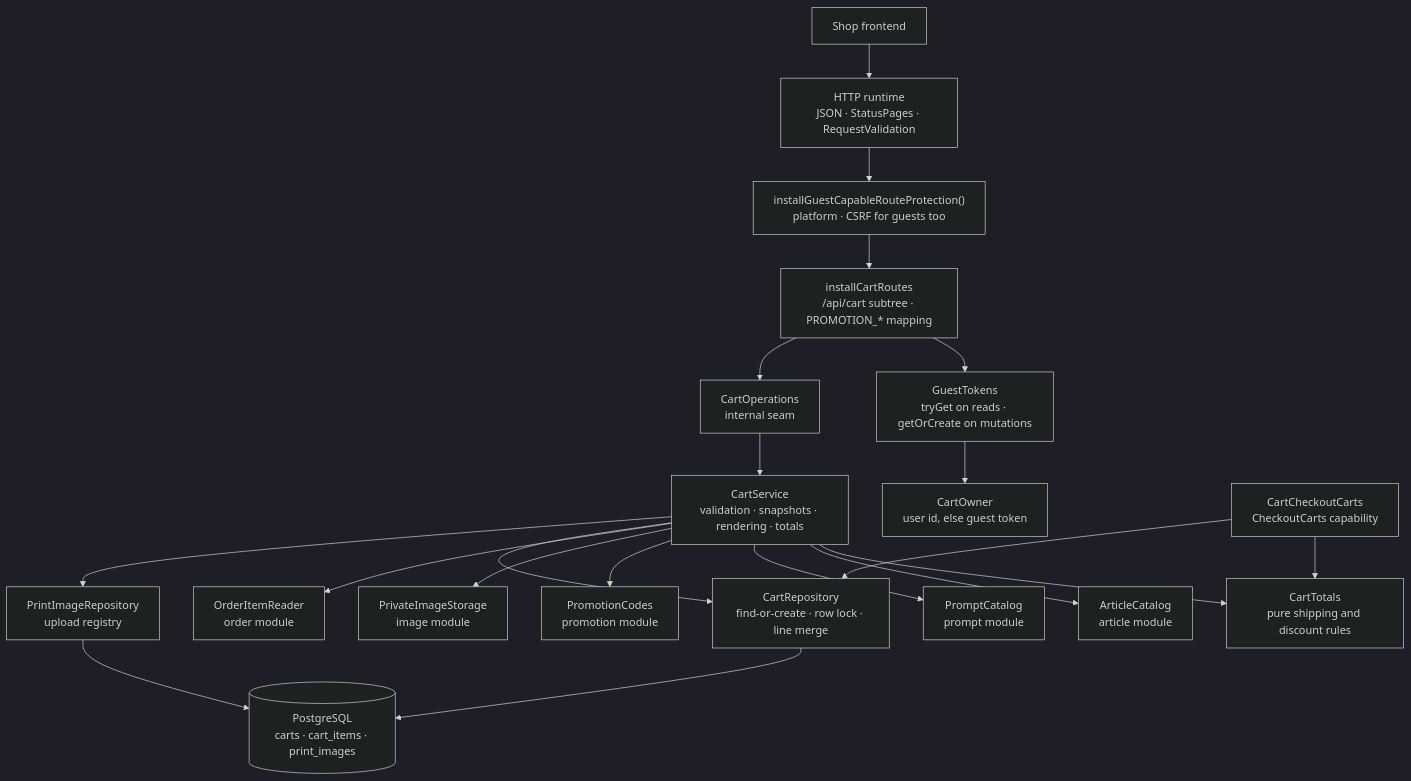
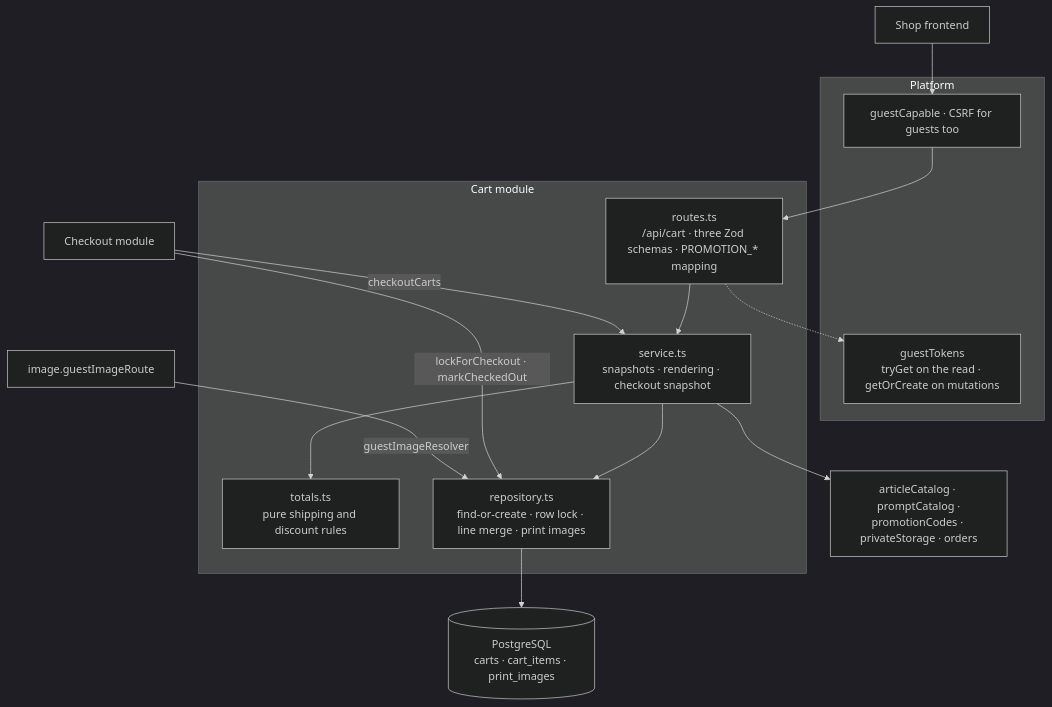
One commit to bitstorm-tech/voenix-shop-kotlin changed the diagram in docs/dev/backend/packages/cart-package.md. Above: the diagram before and after it, drawn with Mermaid (dark theme). The commit also changed other lines of this file and 1061 other files, not shown here.

````diff
--- a/docs/dev/backend/packages/cart-package.md
+++ b/docs/dev/backend/packages/cart-package.md
@@ -33,35 +36,30 @@
 ```mermaid
 flowchart TB
     Client["Shop frontend"]
-    Http["HTTP runtime<br/>JSON · StatusPages · RequestValidation"]
-    Csrf["installGuestCapableRouteProtection()<br/>platform · CSRF for guests too"]
-    Routes["installCartRoutes<br/>/api/cart subtree · PROMOTION_* mapping"]
-    Guest["GuestTokens<br/>tryGet on reads · getOrCreate on mutations"]
-    Owner["CartOwner<br/>user id, else guest token"]
-    Operations["CartOperations<br/>internal seam"]
-    Service["CartService<br/>validation · snapshots · rendering · totals"]
-    Totals["CartTotals<br/>pure shipping and discount rules"]
-    Articles["ArticleCatalog<br/>article module"]
-    Prompts["PromptCatalog<br/>prompt module"]
-    Promotions["PromotionCodes<br/>promotion module"]
-    Storage["PrivateImageStorage<br/>image module"]
-    Ordered["OrderItemReader<br/>order module"]
-    Checkout["CartCheckoutCarts<br/>CheckoutCarts capability"]
-    Repository["CartRepository<br/>find-or-create · row lock · line merge"]
-    Images["PrintImageRepository<br/>upload registry"]
+    Checkout["Checkout module"]
+    ImageRoute["image.guestImageRoute"]
+
+    subgraph Platform["Platform"]
+        Guest["guestCapable · CSRF for guests too"]
+        Tokens["guestTokens<br/>tryGet on the read · getOrCreate on mutations"]
+    end
+
+    subgraph Cart["Cart module"]
+        Routes["routes.ts<br/>/api/cart · three Zod schemas · PROMOTION_* mapping"]
+        Service["service.ts<br/>snapshots · rendering · checkout snapshot"]
+        Totals["totals.ts<br/>pure shipping and discount rules"]
+        Repository["repository.ts<br/>find-or-create · row lock · line merge · print images"]
+    end
+
+    Catalogs["articleCatalog · promptCatalog ·<br/>promotionCodes · privateStorage · orders"]
     Tables[("PostgreSQL<br/>carts · cart_items · print_images")]
 
-    Client --> Http --> Csrf --> Routes
-    Routes --> Guest --> Owner
-    Routes --> Operations --> Service
+    Client --> Guest --> Routes
+    Routes -.-> Tokens
+    Routes --> Service --> Repository --> Tables
     Service --> Totals
-    Service --> Articles
-    Service --> Prompts
-    Service --> Promotions
-    Service --> Storage
-    Service --> Ordered
-    Service --> Repository --> Tables
-    Service --> Images --> Tables
-    Checkout --> Totals
-    Checkout --> Repository
+    Service --> Catalogs
+    Checkout -- "checkoutCarts" --> Service
+    Checkout -- "lockForCheckout · markCheckedOut" --> Repository
+    ImageRoute -- "guestImageResolver" --> Repository
 ```
````
